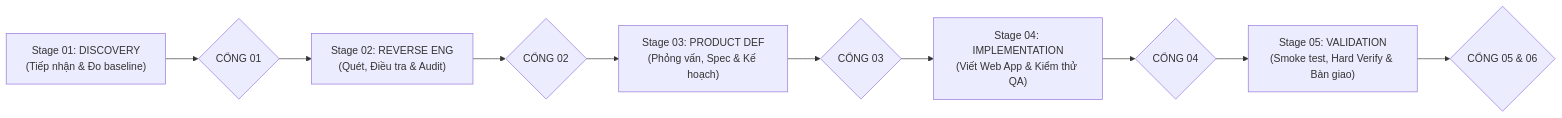
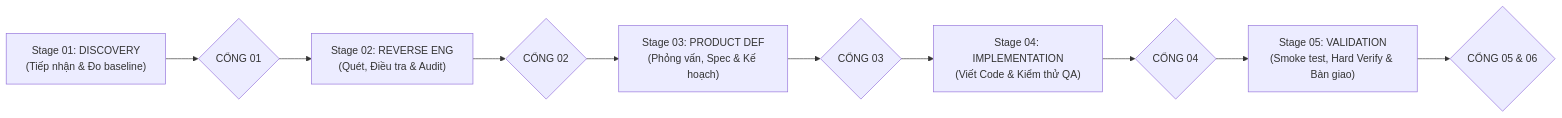
Before and after one commit to kimducanh27-cpu/REA-kit-agy: the diagram in HUONG_DAN_SU_DUNG.md, drawn with Mermaid. The commit also changed other lines of this file and 7 other files, not shown here.

````diff
--- a/HUONG_DAN_SU_DUNG.md
+++ b/HUONG_DAN_SU_DUNG.md
@@ -8,12 +8,12 @@
 ```mermaid
 flowchart LR
     P1["Stage 01: DISCOVERY<br/>(Tiếp nhận & Đo baseline)"] --> G1{"CỔNG 01"}
     G1 --> P2["Stage 02: REVERSE ENG<br/>(Quét, Điều tra & Audit)"]
     P2 --> G2{"CỔNG 02"}
     G2 --> P3["Stage 03: PRODUCT DEF<br/>(Phỏng vấn, Spec & Kế hoạch)"]
     P3 --> G3{"CỔNG 03"}
-    G3 --> P4["Stage 04: IMPLEMENTATION<br/>(Viết Web App & Kiểm thử QA)"]
+    G3 --> P4["Stage 04: IMPLEMENTATION<br/>(Viết Code & Kiểm thử QA)"]
     P4 --> G4{"CỔNG 04"}
     G4 --> P5["Stage 05: VALIDATION<br/>(Smoke test, Hard Verify & Bàn giao)"]
     P5 --> G5{"CỔNG 05 & 06"}
 ```
````
